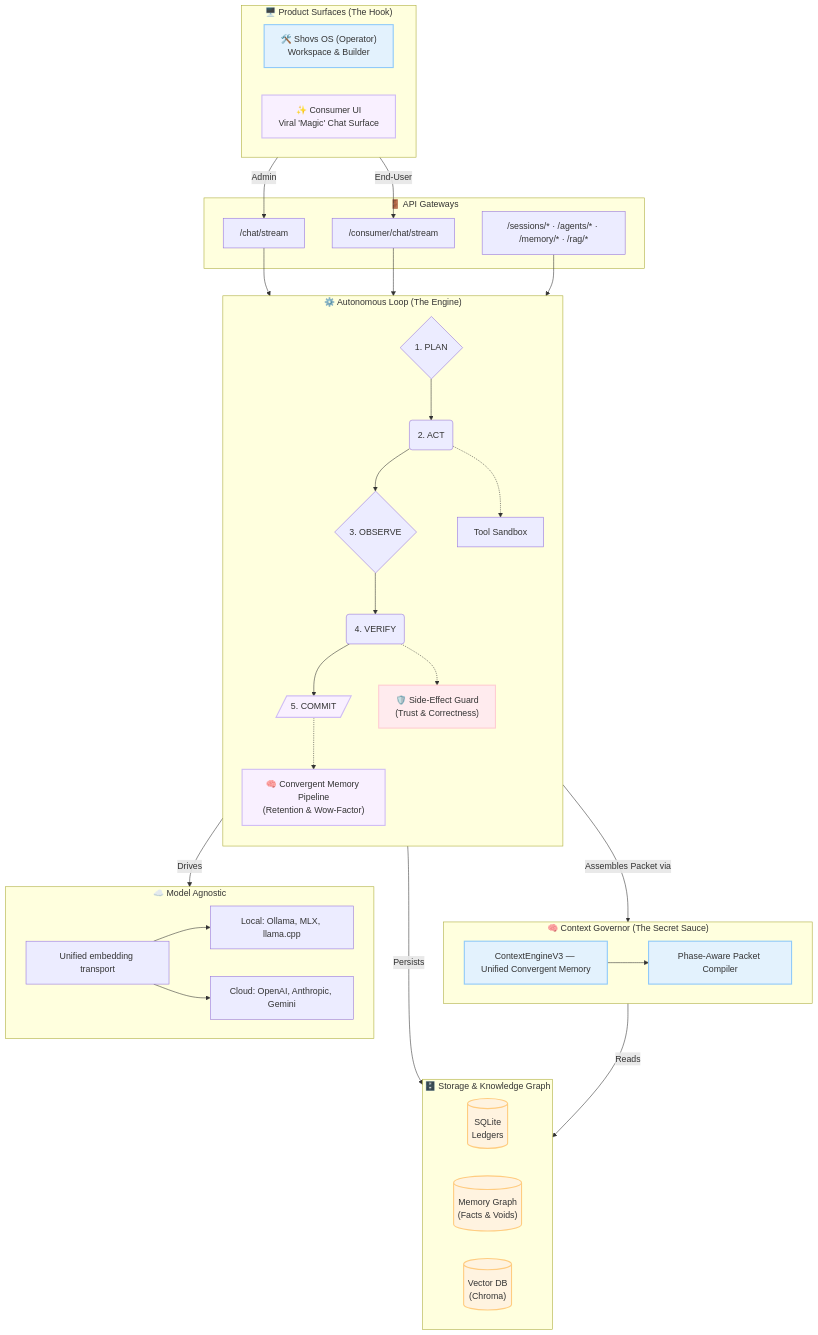
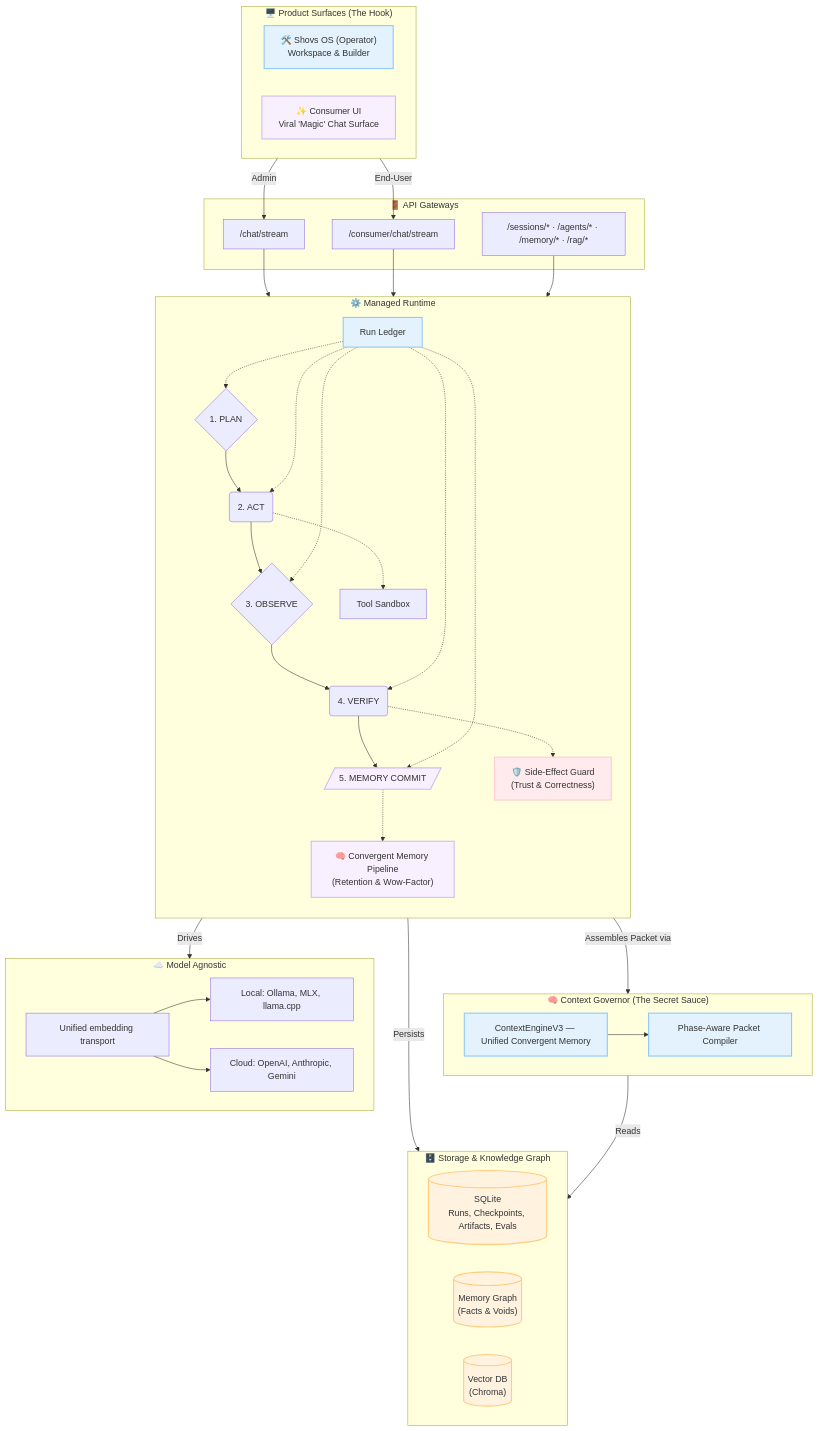
The second of 2 diagrams in README.md (theshovonsaha/shovsOS), drawn with Mermaid before and after one commit. The commit also changed other lines of this file and 54 other files, not shown here.

````diff
--- a/README.md
+++ b/README.md
@@ -31,59 +108,61 @@
 ```mermaid
 flowchart TD
   classDef magic fill:#f9f0ff,stroke:#d0bdf4,stroke-width:2px,color:#333
   classDef guard fill:#ffebee,stroke:#ffcdd2,stroke-width:2px,color:#333
   classDef storage fill:#fff3e0,stroke:#ffcc80,stroke-width:2px,color:#333
   classDef tech fill:#e3f2fd,stroke:#90caf9,stroke-width:2px,color:#333
 
   subgraph FRONTEND["🖥️ Product Surfaces (The Hook)"]
     direction LR
     A1["🛠️ Shovs OS (Operator)<br/>Workspace & Builder"]:::tech
     A2["✨ Consumer UI<br/>Viral 'Magic' Chat Surface"]:::magic
   end
 
   subgraph FastAPI_ENTRYPOINTS["🚪 API Gateways"]
     B1["/chat/stream"]
     B2["/consumer/chat/stream"]
     B3["/sessions/* · /agents/* · /memory/* · /rag/*"]
   end
 
-  subgraph RunEngine["⚙️ Autonomous Loop (The Engine)"]
+  subgraph RunEngine["⚙️ Managed Runtime"]
     direction TB
-    C1{"1. PLAN"} --> C2("2. ACT") --> C3{"3. OBSERVE"} --> C4("4. VERIFY") --> C5[/"5. COMMIT"/]:::magic
+    C0["Run Ledger"]:::tech
+    C1{"1. PLAN"} --> C2("2. ACT") --> C3{"3. OBSERVE"} --> C4("4. VERIFY") --> C5[/"5. MEMORY COMMIT"/]:::magic
+    C0 -.-> C1 & C2 & C3 & C4 & C5
     
     C2 -.-> C6["Tool Sandbox"]
     C4 -.-> C8["🛡️ Side-Effect Guard<br/>(Trust & Correctness)"]:::guard
     C5 -.-> C9["🧠 Convergent Memory Pipeline<br/>(Retention & Wow-Factor)"]:::magic
   end
 
   subgraph CONTEXT_GOVERNOR["🧠 Context Governor (The Secret Sauce)"]
     D1["ContextEngineV3 — Unified Convergent Memory"]:::tech
     D2["Phase-Aware Packet Compiler"]:::tech
     D1 --> D2
   end
 
   subgraph STORAGE_TOPOLOGY["🗄️ Storage & Knowledge Graph"]
     direction LR
-    F1[("SQLite<br/>Ledgers")]:::storage
+    F1[("SQLite<br/>Runs, Checkpoints, Artifacts, Evals")]:::storage
     F6[("Memory Graph<br/>(Facts & Voids)")]:::storage
     F8[("Vector DB<br/>(Chroma)")]:::storage
   end
 
   subgraph PROVIDERS["☁️ Model Agnostic"]
     G1["Local: Ollama, MLX, llama.cpp"]
     G2["Cloud: OpenAI, Anthropic, Gemini"]
     G3["Unified embedding transport"]
     G3 --> G1 & G2
   end
 
   %% Flow
   A1 -->|Admin| B1
   A2 -->|End-User| B2
   B1 & B2 & B3 --> RunEngine
   
   RunEngine -->|Drives| PROVIDERS
   RunEngine -->|Persists| STORAGE_TOPOLOGY
   
   CONTEXT_GOVERNOR -->|Reads| STORAGE_TOPOLOGY
   RunEngine -->|Assembles Packet via| CONTEXT_GOVERNOR
 ```
````
